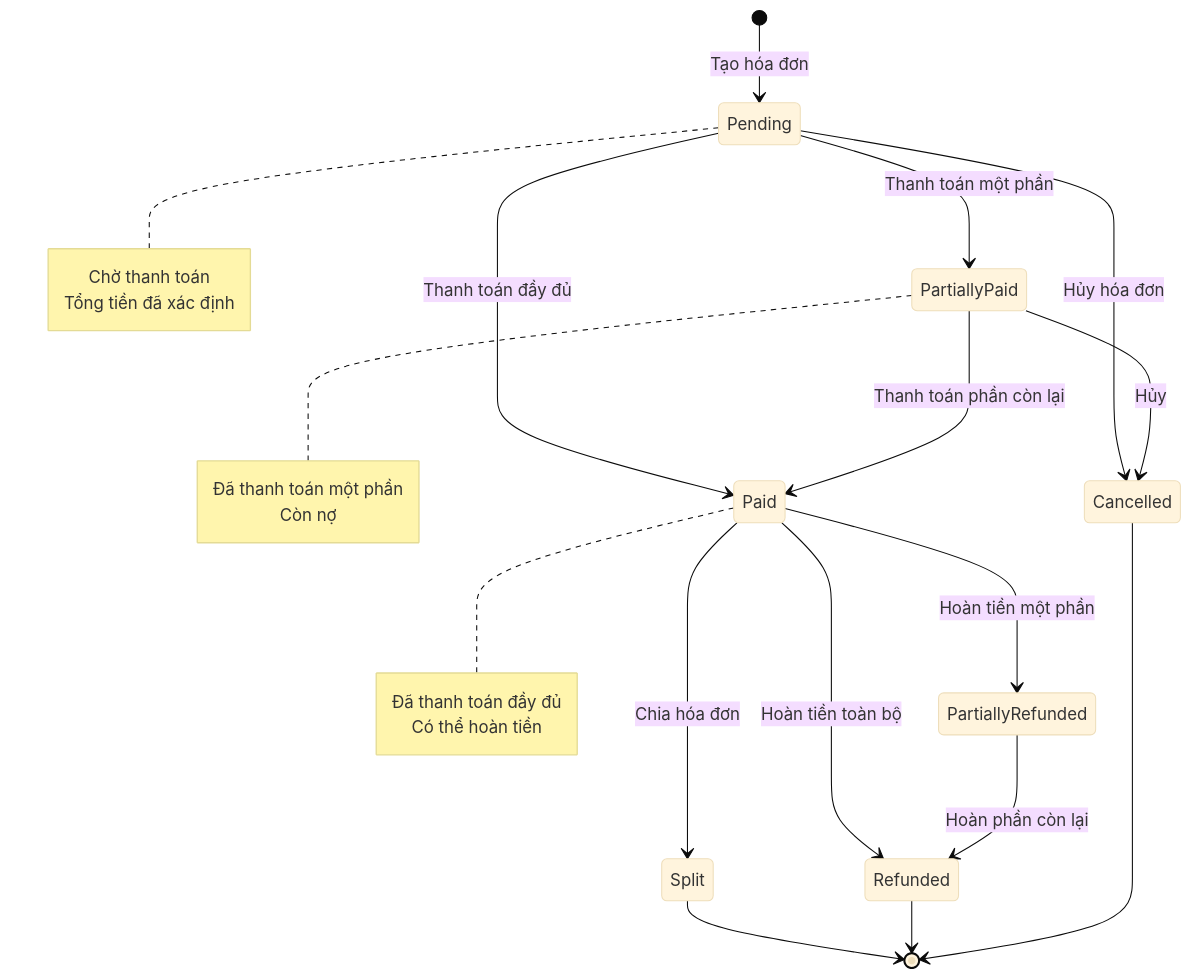
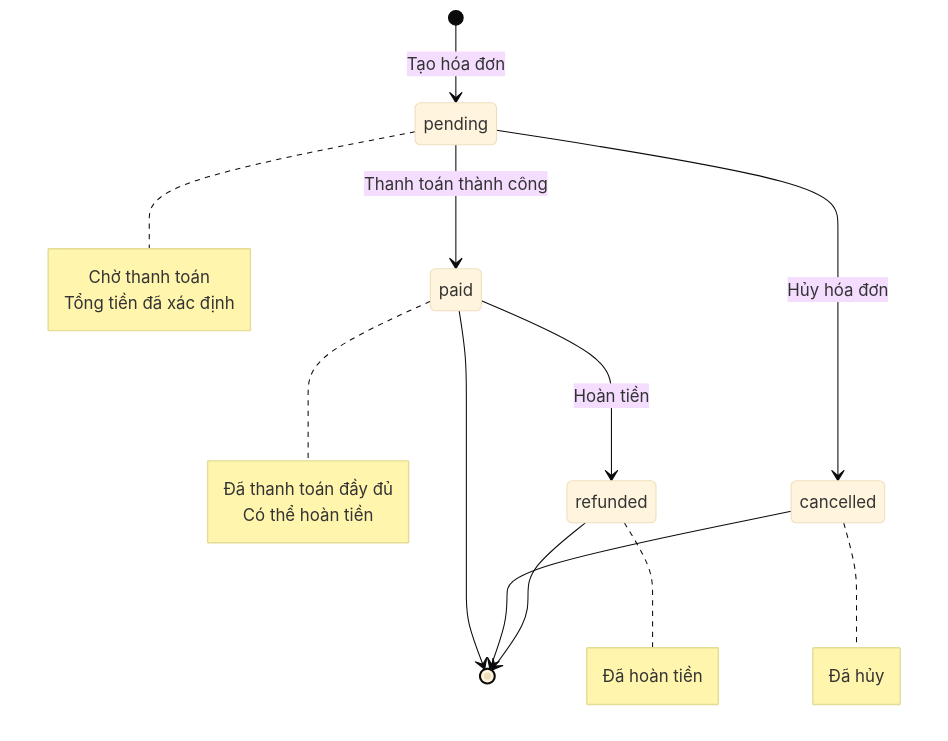
The third of 15 diagrams in docs/diagrams/BILL_PAYMENT_MANAGEMENT_DIAGRAMS.md (huy1235588/restaurant-management), drawn with Mermaid (base theme) before and after one commit. The commit also changed other lines of this file and 18 other files, not shown here.

````diff
--- a/docs/diagrams/BILL_PAYMENT_MANAGEMENT_DIAGRAMS.md
+++ b/docs/diagrams/BILL_PAYMENT_MANAGEMENT_DIAGRAMS.md
@@ -111,37 +124,31 @@
 ```mermaid
 stateDiagram-v2
-    [*] --> Pending: Tạo hóa đơn
+    [*] --> pending: Tạo hóa đơn
     
-    Pending --> Paid: Thanh toán đầy đủ
-    Pending --> PartiallyPaid: Thanh toán một phần
-    Pending --> Cancelled: Hủy hóa đơn
+    pending --> paid: Thanh toán thành công
+    pending --> cancelled: Hủy hóa đơn
     
-    PartiallyPaid --> Paid: Thanh toán phần còn lại
-    PartiallyPaid --> Cancelled: Hủy
+    paid --> refunded: Hoàn tiền
     
-    Paid --> Refunded: Hoàn tiền toàn bộ
-    Paid --> PartiallyRefunded: Hoàn tiền một phần
+    refunded --> [*]
+    cancelled --> [*]
+    paid --> [*]
     
-    PartiallyRefunded --> Refunded: Hoàn phần còn lại
-    
-    Paid --> Split: Chia hóa đơn
-    Split --> [*]
-    
-    Refunded --> [*]
-    Cancelled --> [*]
-    
-    note right of Pending
+    note right of pending
         Chờ thanh toán
         Tổng tiền đã xác định
     end note
     
-    note right of Paid
+    note right of paid
         Đã thanh toán đầy đủ
         Có thể hoàn tiền
     end note
     
-    note right of PartiallyPaid
-        Đã thanh toán một phần
-        Còn nợ
+    note right of refunded
+        Đã hoàn tiền
+    end note
+    
+    note right of cancelled
+        Đã hủy
     end note
 ```
````
